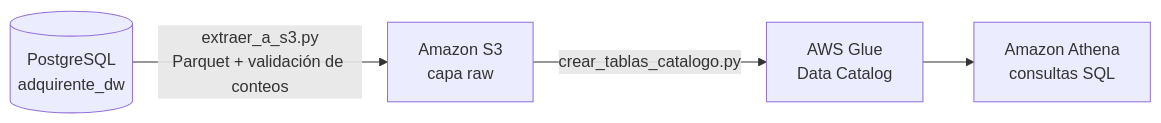
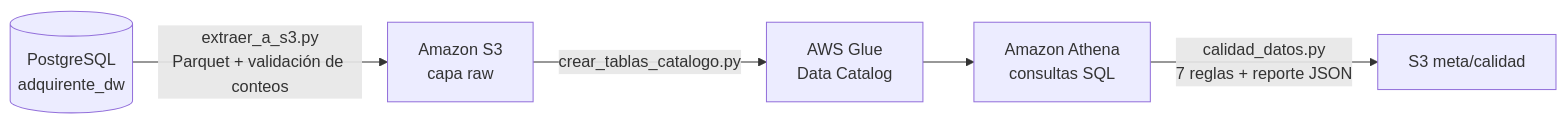
The diagram in README.md (leandrodlf/pipeline-etl-aws-adquirente), drawn with Mermaid before and after one commit. The commit also changed other lines of this file, not shown here.

Commit message:
Actualiza README con la etapa de calidad de datos

````diff
--- a/README.md
+++ b/README.md
@@ -9,6 +9,7 @@
 ```mermaid
 flowchart LR
     A[("PostgreSQL<br/>adquirente_dw")] -->|"extraer_a_s3.py<br/>Parquet + validación de conteos"| B["Amazon S3<br/>capa raw"]
     B -->|"crear_tablas_catalogo.py"| C["AWS Glue<br/>Data Catalog"]
     C --> D["Amazon Athena<br/>consultas SQL"]
+    D -->|"calidad_datos.py<br/>7 reglas + reporte JSON"| E["S3 meta/calidad"]
 ```
````
